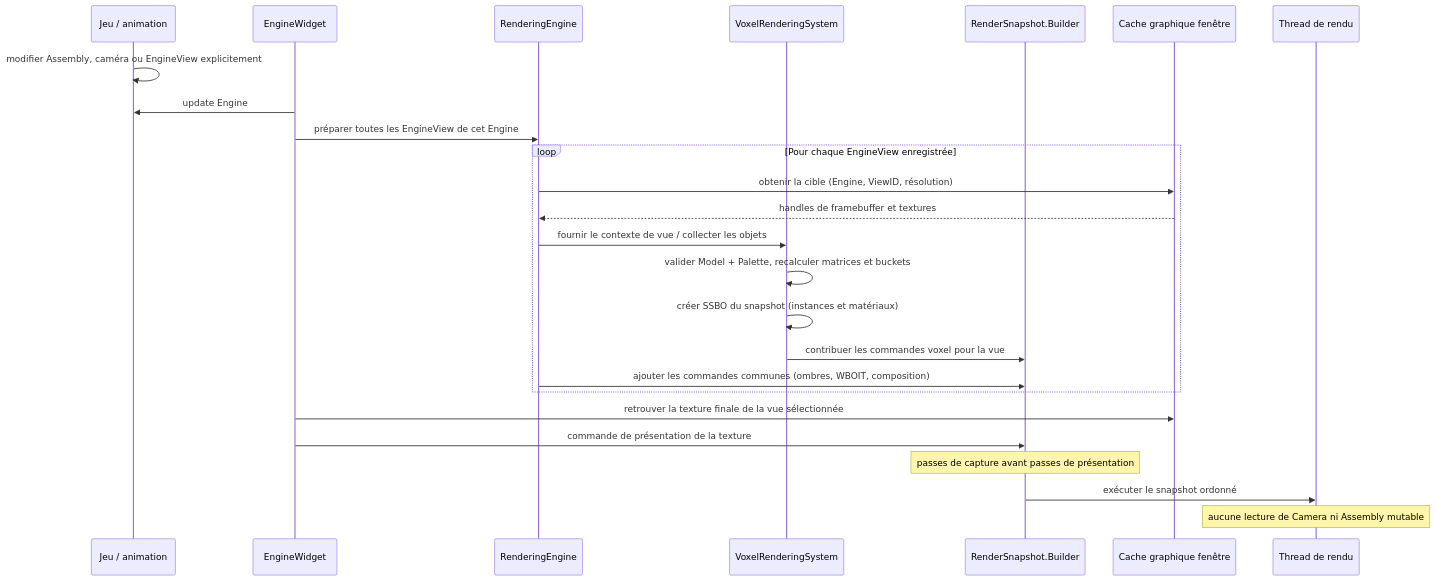
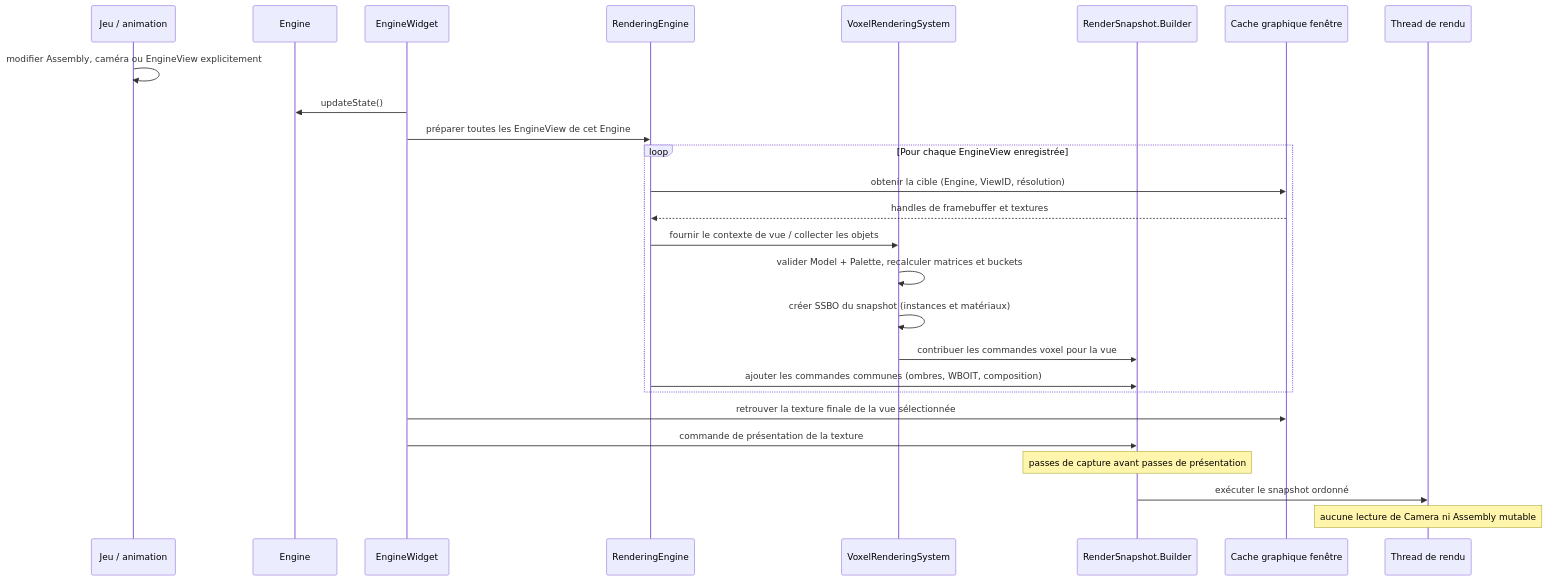
Before and after one commit to EreliaStudio/Sparkle: the ninth of 10 diagrams in docs/voxel-engine-v0.1.4-specification.md, drawn with Mermaid. The commit also changed other lines of this file, not shown here.

Commit message:
docs: add full EngineView capture-to-widget sequence with explicit resize policy

````diff
--- a/docs/voxel-engine-v0.1.4-specification.md
+++ b/docs/voxel-engine-v0.1.4-specification.md
@@ -679,27 +715,28 @@
 ```mermaid
 sequenceDiagram
   participant Game as Jeu / animation
+  participant Engine as Engine
   participant Widget as EngineWidget
   participant Render as RenderingEngine
   participant System as VoxelRenderingSystem
   participant Builder as RenderSnapshot.Builder
   participant Cache as Cache graphique fenêtre
   participant GPU as Thread de rendu
   Game->>Game: modifier Assembly, caméra ou EngineView explicitement
-  Widget->>Game: update Engine
+  Widget->>Engine: updateState()
   Widget->>Render: préparer toutes les EngineView de cet Engine
   loop Pour chaque EngineView enregistrée
     Render->>Cache: obtenir la cible (Engine, ViewID, résolution)
     Cache-->>Render: handles de framebuffer et textures
     Render->>System: fournir le contexte de vue / collecter les objets
     System->>System: valider Model + Palette, recalculer matrices et buckets
     System->>System: créer SSBO du snapshot (instances et matériaux)
     System->>Builder: contribuer les commandes voxel pour la vue
     Render->>Builder: ajouter les commandes communes (ombres, WBOIT, composition)
   end
   Widget->>Cache: retrouver la texture finale de la vue sélectionnée
   Widget->>Builder: commande de présentation de la texture
   Note over Builder: passes de capture avant passes de présentation
   Builder->>GPU: exécuter le snapshot ordonné
   Note over GPU: aucune lecture de Camera ni Assembly mutable
 ```
````
